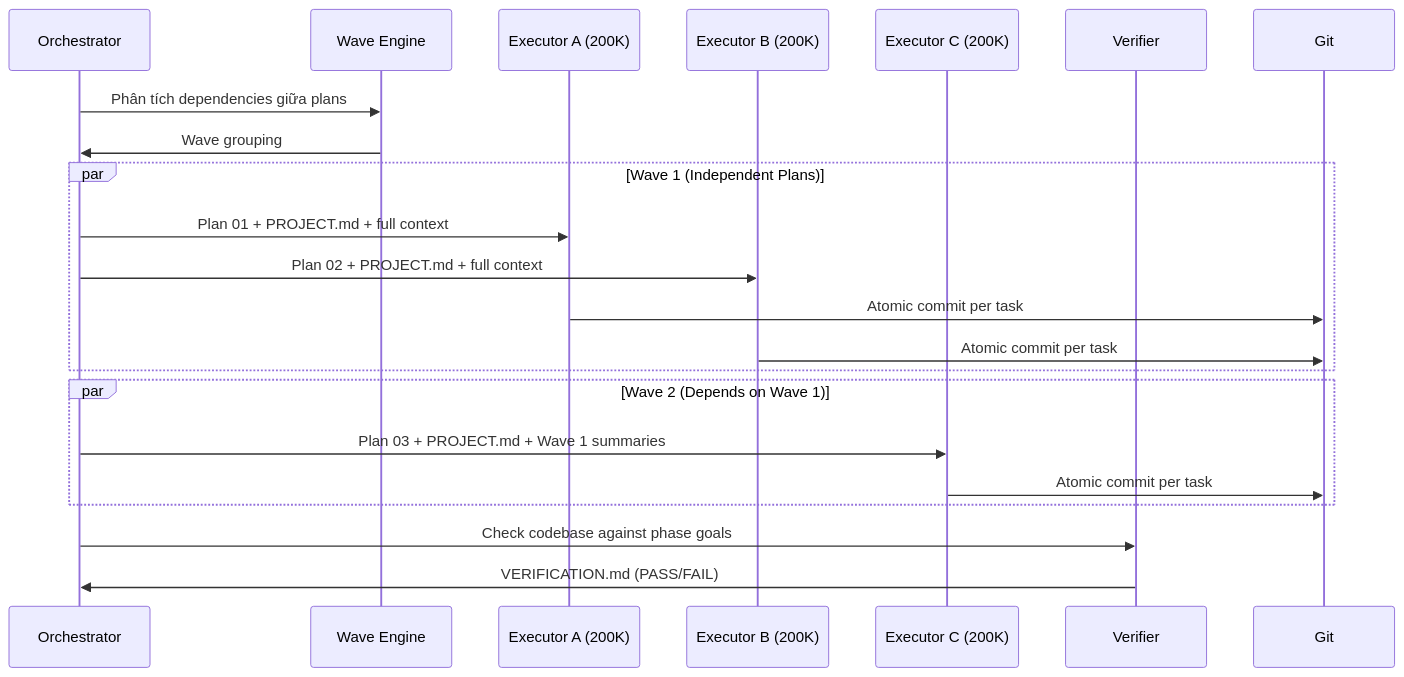
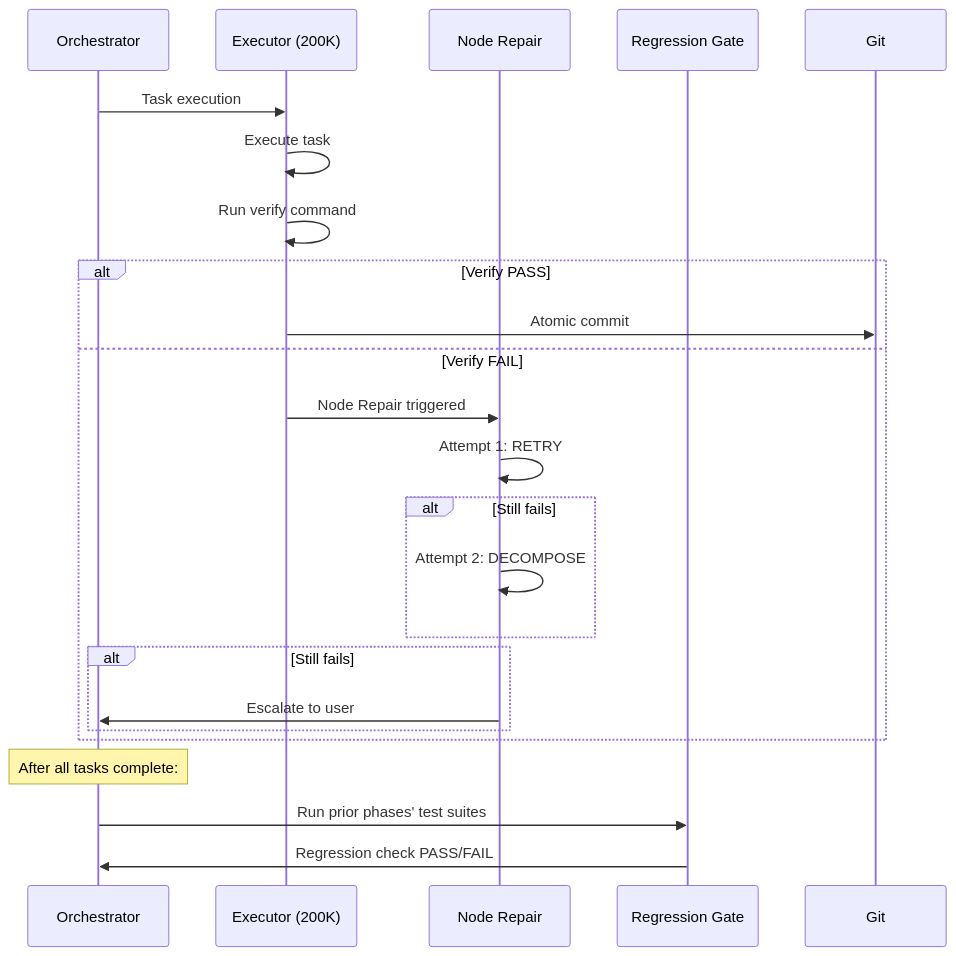
One commit to thientranhung/agentic-coding-lab changed the fourth of 7 diagrams in vn/get-shit-done/1. Architecture and Logic.md. Above: the diagram before and after it, drawn with Mermaid. The commit also changed other lines of this file and 14 other files, not shown here.

````diff
--- a/vn/get-shit-done/1. Architecture and Logic.md
+++ b/vn/get-shit-done/1. Architecture and Logic.md
@@ -236,28 +181,29 @@
 ```mermaid
 sequenceDiagram
     participant O as Orchestrator
-    participant WE as Wave Engine
-    participant E1 as Executor A (200K)
-    participant E2 as Executor B (200K)
-    participant E3 as Executor C (200K)
-    participant V as Verifier
+    participant E as Executor (200K)
+    participant NR as Node Repair
+    participant RG as Regression Gate
     participant G as Git
 
-    O->>WE: Phân tích dependencies giữa plans
-    WE->>O: Wave grouping
+    O->>E: Task execution
+    E->>E: Execute task
+    E->>E: Run verify command
     
-    par Wave 1 (Independent Plans)
-        O->>E1: Plan 01 + PROJECT.md + full context
-        O->>E2: Plan 02 + PROJECT.md + full context
-        E1->>G: Atomic commit per task
-        E2->>G: Atomic commit per task
+    alt Verify PASS
+        E->>G: Atomic commit
+    else Verify FAIL
+        E->>NR: Node Repair triggered
+        NR->>NR: Attempt 1: RETRY
+        alt Still fails
+            NR->>NR: Attempt 2: DECOMPOSE
+        end
+        alt Still fails
+            NR->>O: Escalate to user
+        end
     end
     
-    par Wave 2 (Depends on Wave 1)
-        O->>E3: Plan 03 + PROJECT.md + Wave 1 summaries
-        E3->>G: Atomic commit per task
-    end
-    
-    O->>V: Check codebase against phase goals
-    V->>O: VERIFICATION.md (PASS/FAIL)
+    Note over O: After all tasks complete:
+    O->>RG: Run prior phases' test suites
+    RG->>O: Regression check PASS/FAIL
 ```
````
